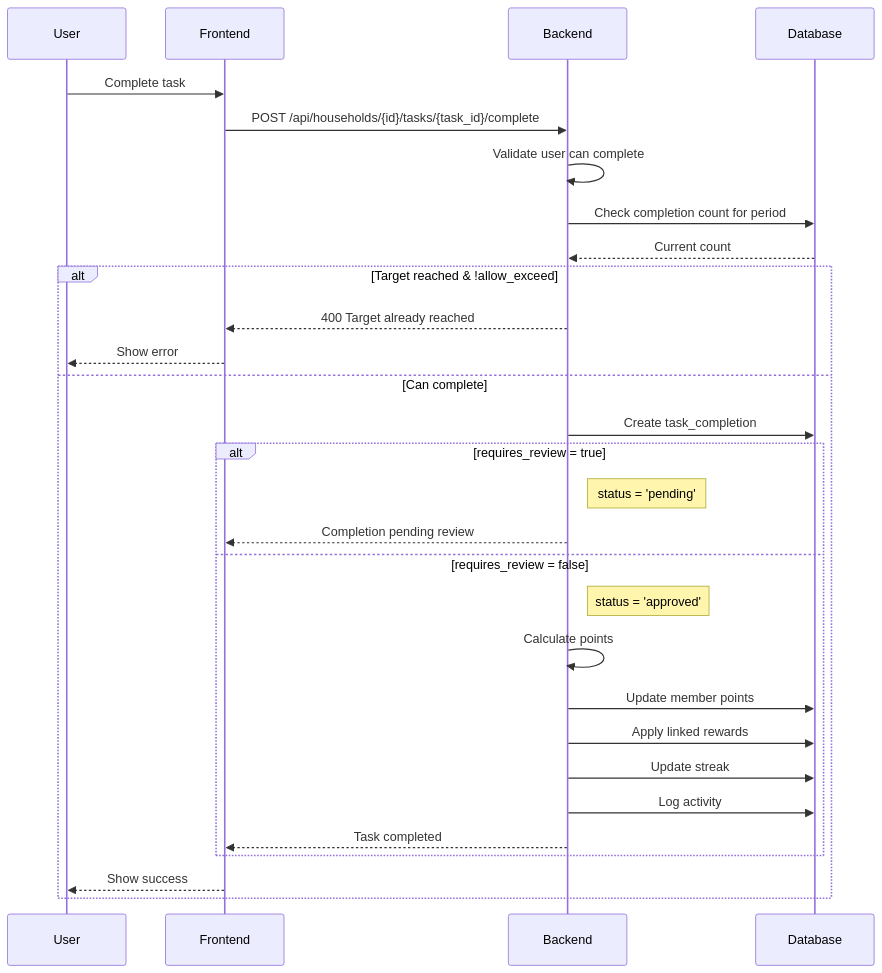
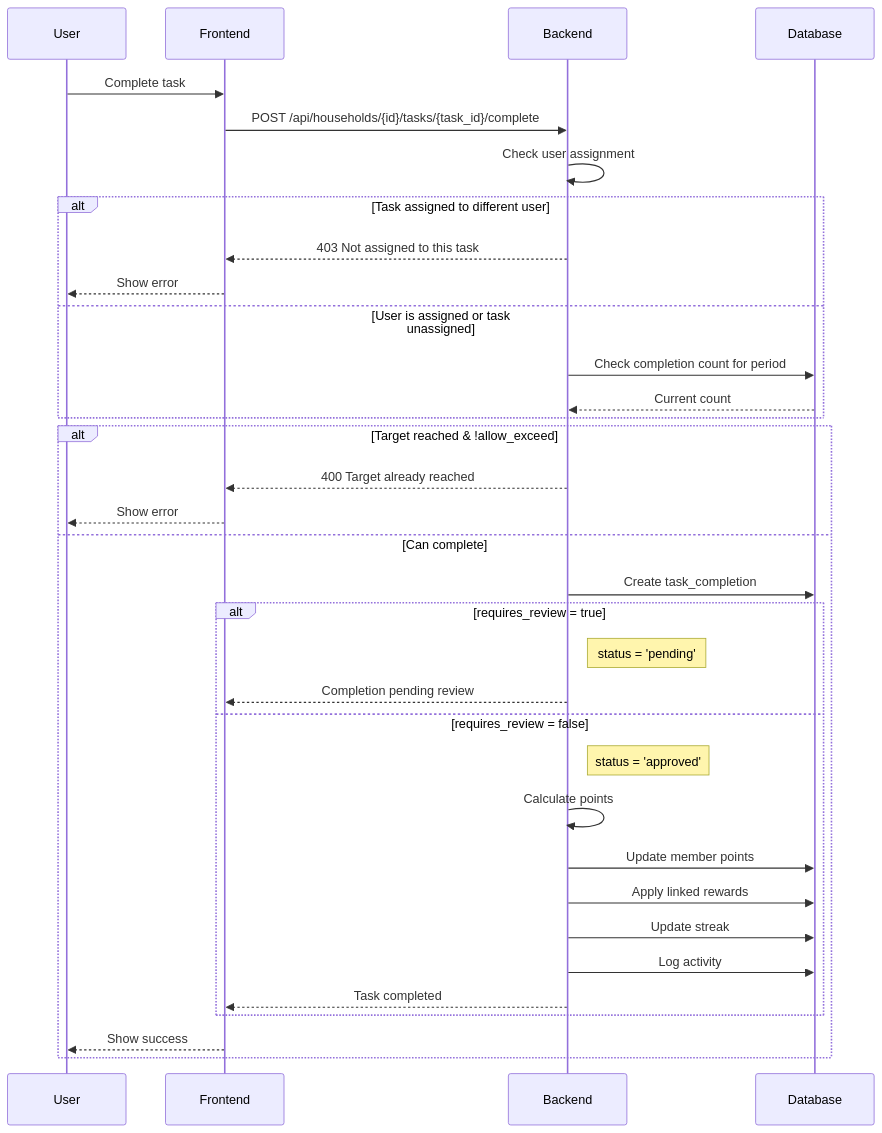
Before and after one commit to neosam/haushalt: the first of 9 diagrams in specs/architecture/06-task-flow.md, drawn with Mermaid. The commit also changed other lines of this file and 4 other files, not shown here.

First line of the commit message:
Add task assignment completion restriction (US-TASK-006, US-TASK-007)

````diff
--- a/specs/architecture/06-task-flow.md
+++ b/specs/architecture/06-task-flow.md
@@ -5,33 +5,38 @@
 ```mermaid
 sequenceDiagram
     participant U as User
     participant FE as Frontend
     participant BE as Backend
     participant DB as Database
 
     U->>FE: Complete task
     FE->>BE: POST /api/households/{id}/tasks/{task_id}/complete
-    BE->>BE: Validate user can complete
-    BE->>DB: Check completion count for period
-    DB-->>BE: Current count
+    BE->>BE: Check user assignment
+    alt Task assigned to different user
+        BE-->>FE: 403 Not assigned to this task
+        FE-->>U: Show error
+    else User is assigned or task unassigned
+        BE->>DB: Check completion count for period
+        DB-->>BE: Current count
+    end
 
     alt Target reached & !allow_exceed
         BE-->>FE: 400 Target already reached
         FE-->>U: Show error
     else Can complete
         BE->>DB: Create task_completion
         alt requires_review = true
             Note right of BE: status = 'pending'
             BE-->>FE: Completion pending review
         else requires_review = false
             Note right of BE: status = 'approved'
             BE->>BE: Calculate points
             BE->>DB: Update member points
             BE->>DB: Apply linked rewards
             BE->>DB: Update streak
             BE->>DB: Log activity
             BE-->>FE: Task completed
         end
         FE-->>U: Show success
     end
 ```
````
